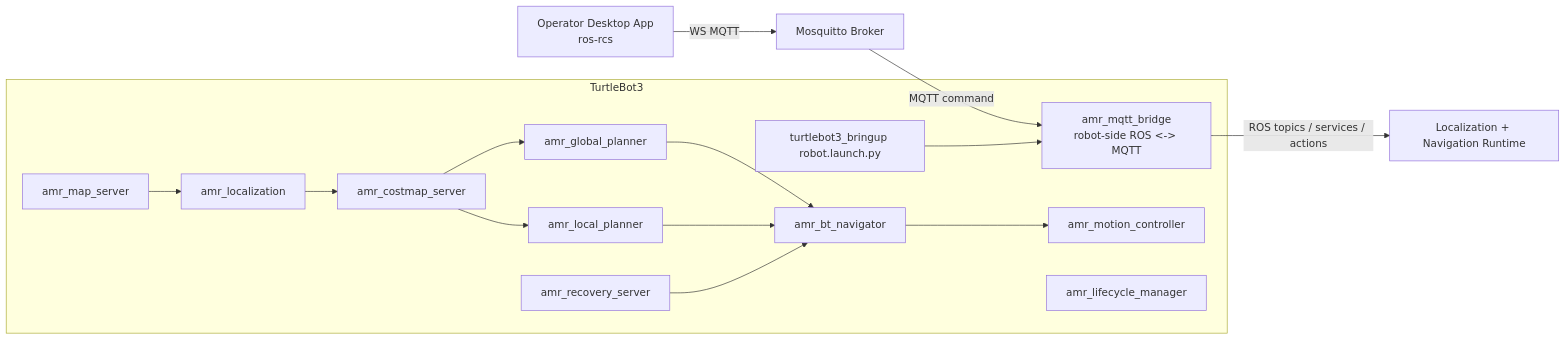
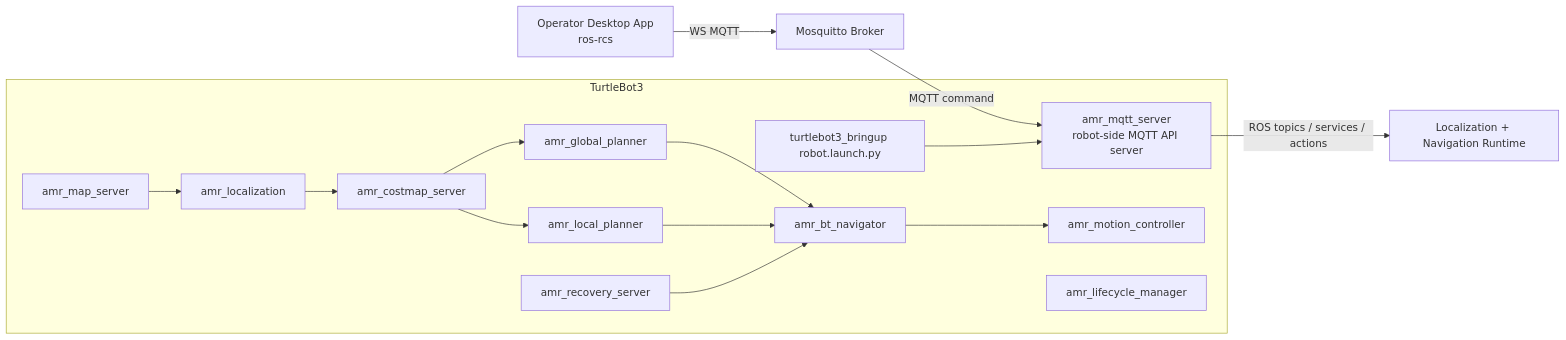
One commit to reidlo5135/ros-amr-navigation changed the diagram in README.md. Above: the diagram before and after it, drawn with Mermaid. The commit also changed other lines of this file and 17 other files, not shown here.

Commit message:
refactor: rename mqtt bridge package to mqtt server

````diff
--- a/README.md
+++ b/README.md
@@ -16,29 +16,29 @@
 ```mermaid
 flowchart LR
     Desktop["Operator Desktop App<br/>ros-rcs"] -->|WS MQTT| Broker["Mosquitto Broker"]
-    Broker -->|MQTT command| RobotBridge["amr_mqtt_bridge<br/>robot-side ROS <-> MQTT"]
+    Broker -->|MQTT command| RobotBridge["amr_mqtt_server<br/>robot-side MQTT API server"]
     RobotBridge -->|ROS topics / services / actions| Nav["Localization + Navigation Runtime"]
 
     subgraph TB3["TurtleBot3"]
         TB3Bringup["turtlebot3_bringup robot.launch.py"]
         RobotBridge
         MapServer["amr_map_server"]
         Localization["amr_localization"]
         Costmap["amr_costmap_server"]
         GlobalPlanner["amr_global_planner"]
         LocalPlanner["amr_local_planner"]
         Motion["amr_motion_controller"]
         Recovery["amr_recovery_server"]
         Navigator["amr_bt_navigator"]
         Lifecycle["amr_lifecycle_manager"]
         TB3Bringup --> RobotBridge
         MapServer --> Localization
         Localization --> Costmap
         Costmap --> GlobalPlanner
         Costmap --> LocalPlanner
         GlobalPlanner --> Navigator
         LocalPlanner --> Navigator
         Recovery --> Navigator
         Navigator --> Motion
     end
 ```
````
